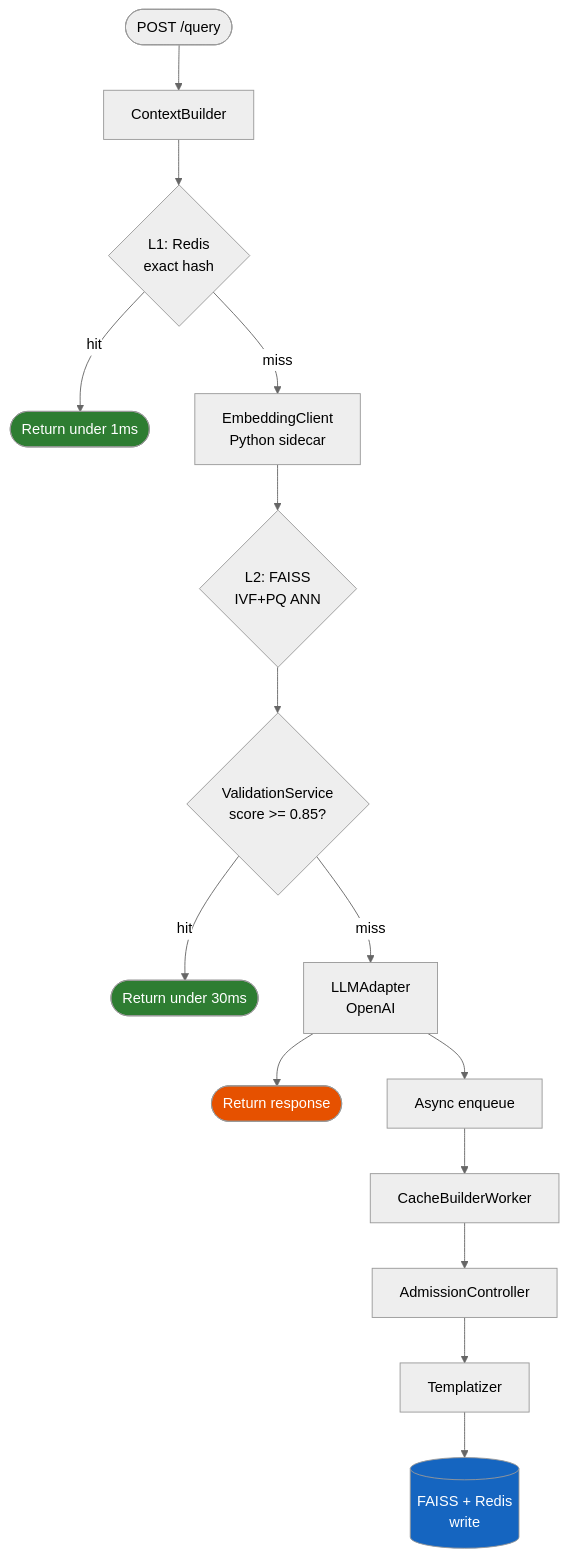
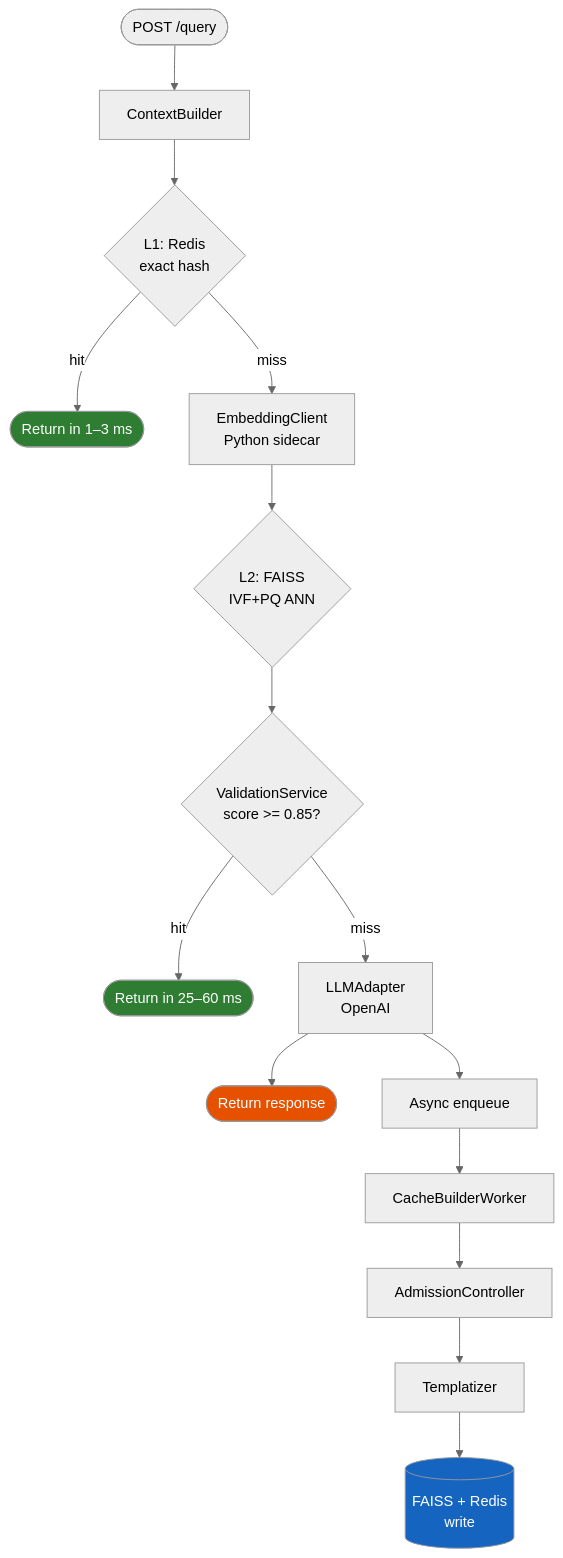
The diagram in docs/index.md (Ciphercrypt/LettuceCache), drawn with Mermaid (neutral theme) before and after one commit. The commit also changed other lines of this file and 3 other files, not shown here.

````diff
--- a/docs/index.md
+++ b/docs/index.md
@@ -99,22 +101,22 @@
 ```mermaid
 flowchart TD
     A([POST /query]) --> B[ContextBuilder]
     B --> C{L1: Redis\nexact hash}
-    C -- hit --> Z([Return under 1ms])
+    C -- hit --> Z([Return in 1–3 ms])
     C -- miss --> D[EmbeddingClient\nPython sidecar]
     D --> E{L2: FAISS\nIVF+PQ ANN}
     E --> F{ValidationService\nscore >= 0.85?}
-    F -- hit --> G([Return under 30ms])
+    F -- hit --> G([Return in 25–60 ms])
     F -- miss --> H[LLMAdapter\nOpenAI]
     H --> I([Return response])
     H --> J[Async enqueue]
     J --> K[CacheBuilderWorker]
     K --> L[AdmissionController]
     L --> M[Templatizer]
     M --> N[(FAISS + Redis\nwrite)]
 
     style Z fill:#2e7d32,color:#fff
     style G fill:#2e7d32,color:#fff
     style I fill:#e65100,color:#fff
     style N fill:#1565c0,color:#fff
 ```
````
